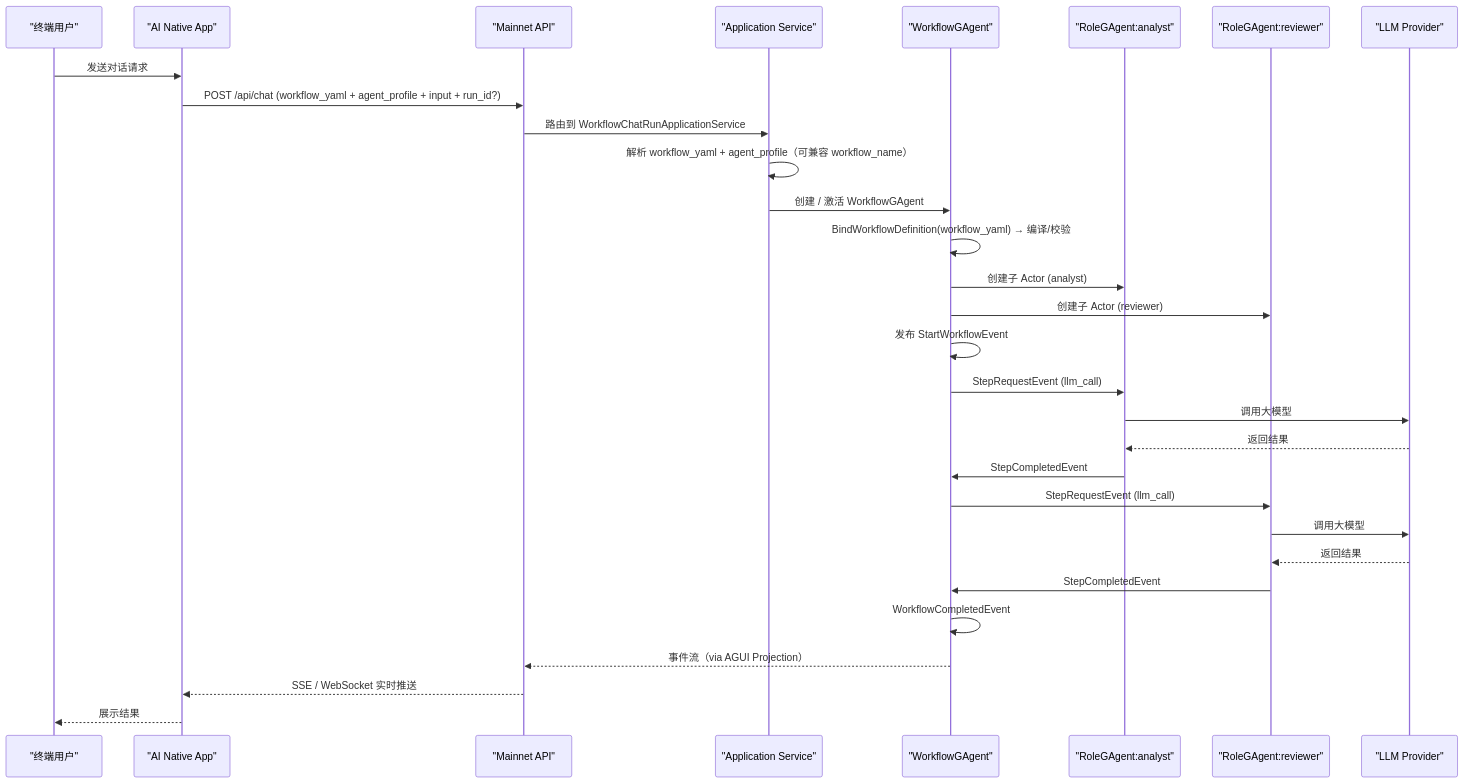
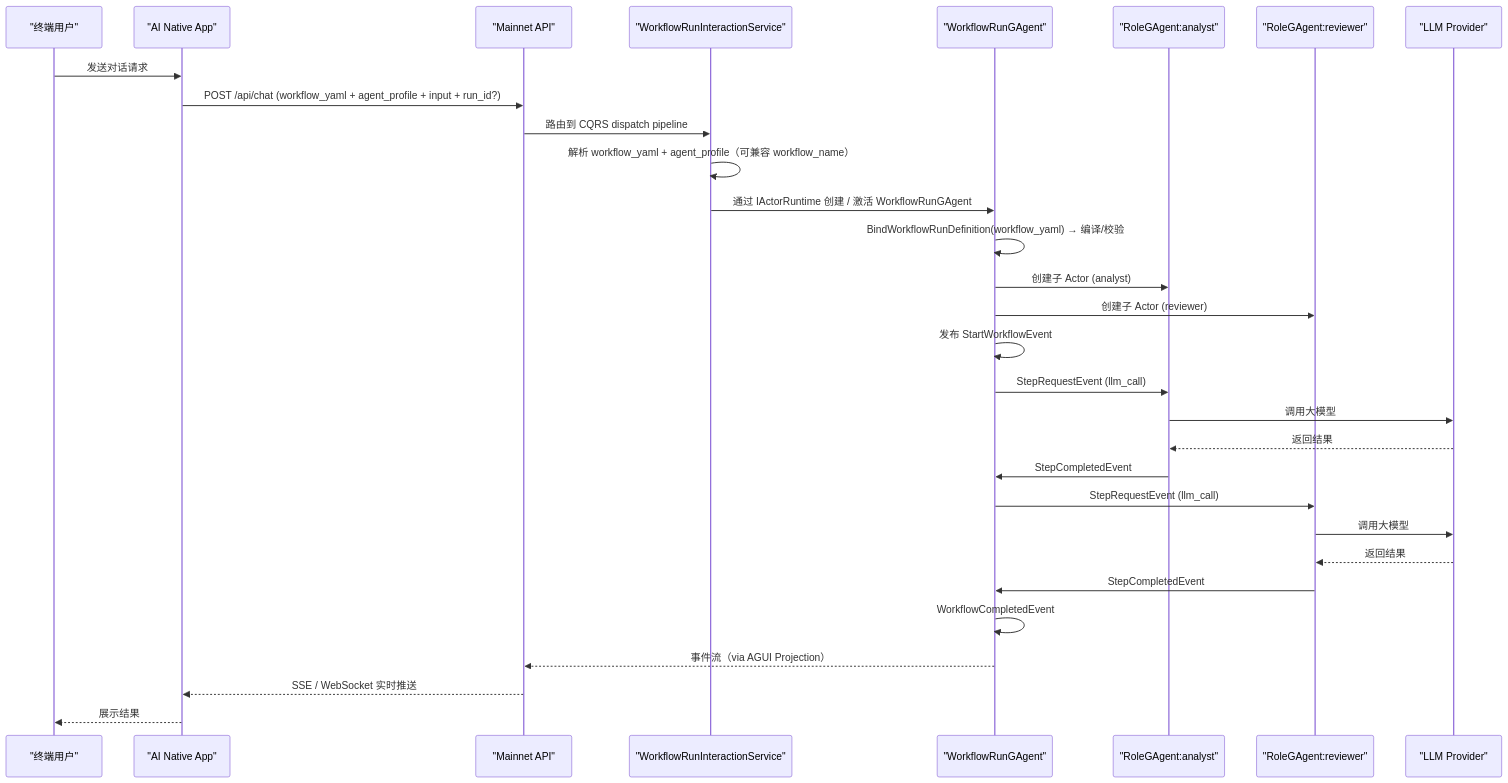
One commit to aevatarAI/aevatar changed the fourth of 19 diagrams in docs/architecture/AEVATAR_MAINNET_ARCHITECTURE.md. Above: the diagram before and after it, drawn with Mermaid. The commit also changed other lines of this file and 99 other files, not shown here.

First line of the commit message:
Refactor CQRS command processing and introduce dispatch port

````diff
--- a/docs/architecture/AEVATAR_MAINNET_ARCHITECTURE.md
+++ b/docs/architecture/AEVATAR_MAINNET_ARCHITECTURE.md
@@ -215,34 +215,34 @@
 ```mermaid
 %%{init: {"maxTextSize": 100000, "sequence": {"useMaxWidth": false}, "themeVariables": {"fontSize": "10px"}}}%%
 sequenceDiagram
     participant User as "终端用户"
     participant App as "AI Native App"
     participant API as "Mainnet API"
-    participant AppSvc as "Application Service"
-    participant WFAgent as "WorkflowGAgent"
+    participant AppSvc as "WorkflowRunInteractionService"
+    participant WFAgent as "WorkflowRunGAgent"
     participant Role1 as "RoleGAgent:analyst"
     participant Role2 as "RoleGAgent:reviewer"
     participant LLM as "LLM Provider"
 
     User->>App: 发送对话请求
     App->>API: POST /api/chat (workflow_yaml + agent_profile + input + run_id?)
-    API->>AppSvc: 路由到 WorkflowChatRunApplicationService
+    API->>AppSvc: 路由到 CQRS dispatch pipeline
     AppSvc->>AppSvc: 解析 workflow_yaml + agent_profile（可兼容 workflow_name）
-    AppSvc->>WFAgent: 创建 / 激活 WorkflowGAgent
-    WFAgent->>WFAgent: BindWorkflowDefinition(workflow_yaml) → 编译/校验
+    AppSvc->>WFAgent: 通过 IActorRuntime 创建 / 激活 WorkflowRunGAgent
+    WFAgent->>WFAgent: BindWorkflowRunDefinition(workflow_yaml) → 编译/校验
     WFAgent->>Role1: 创建子 Actor (analyst)
     WFAgent->>Role2: 创建子 Actor (reviewer)
     WFAgent->>WFAgent: 发布 StartWorkflowEvent
     WFAgent->>Role1: StepRequestEvent (llm_call)
     Role1->>LLM: 调用大模型
     LLM-->>Role1: 返回结果
     Role1->>WFAgent: StepCompletedEvent
     WFAgent->>Role2: StepRequestEvent (llm_call)
     Role2->>LLM: 调用大模型
     LLM-->>Role2: 返回结果
     Role2->>WFAgent: StepCompletedEvent
     WFAgent->>WFAgent: WorkflowCompletedEvent
     WFAgent-->>API: 事件流（via AGUI Projection）
     API-->>App: SSE / WebSocket 实时推送
     App-->>User: 展示结果
 ```
````
